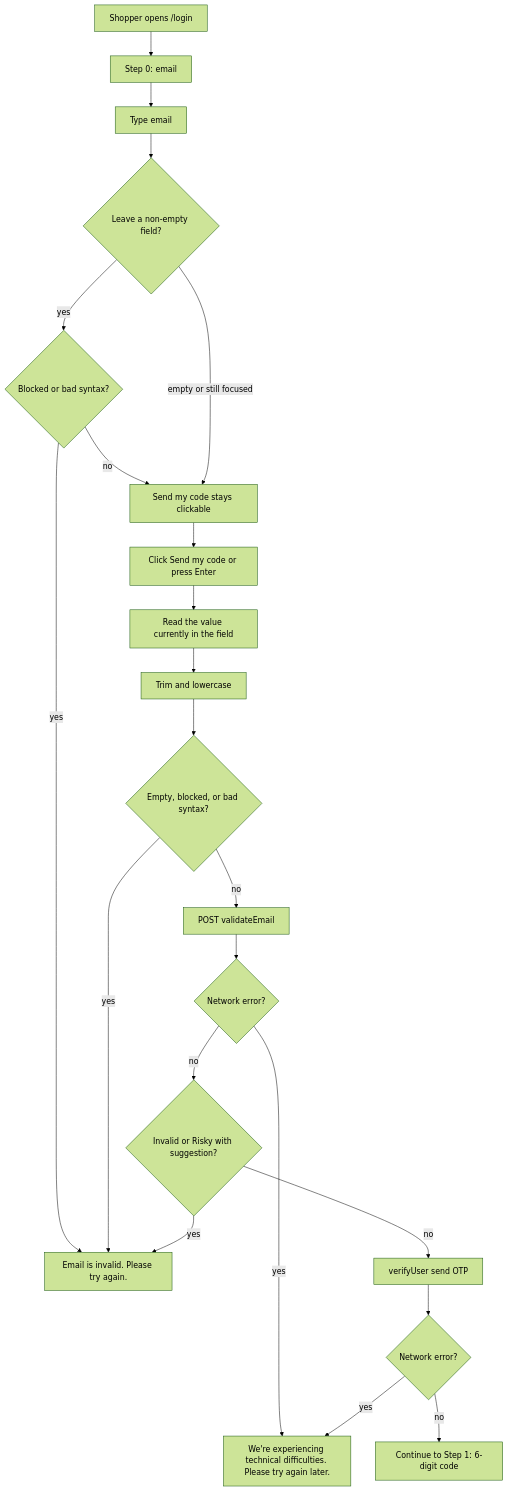
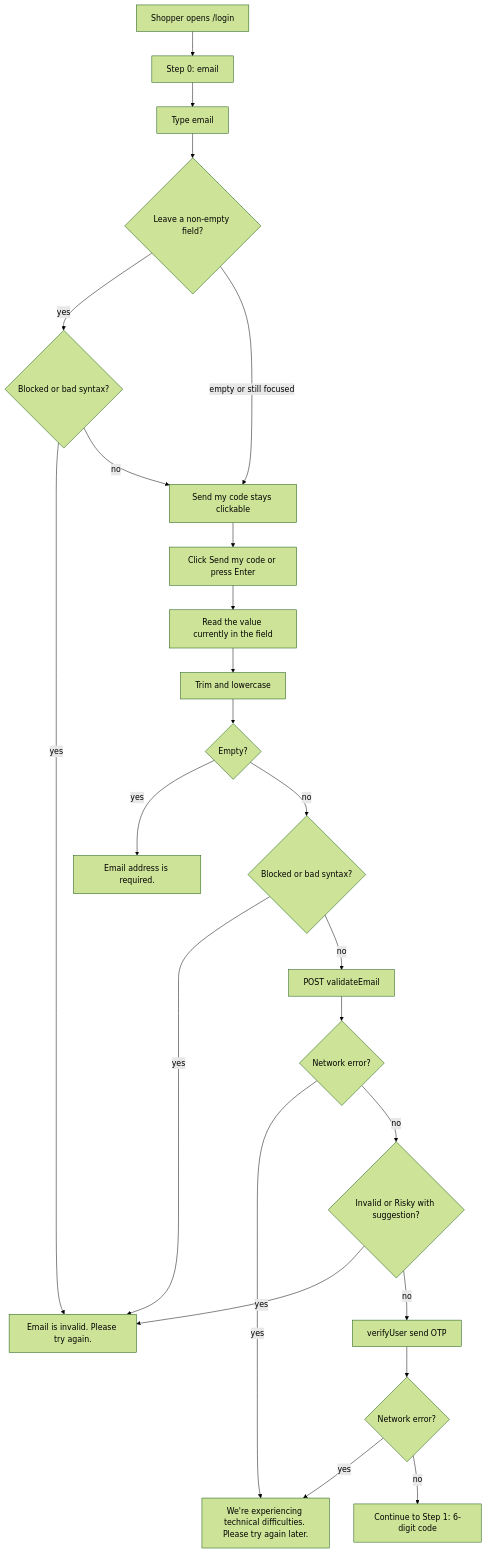
Before and after one commit to CRE8Interactions/frontend-buyer-app: the diagram in docs/login-validations.mmd, drawn with Mermaid (forest theme). The commit also changed 13 other files, not shown here.

```diff
--- a/docs/login-validations.mmd
+++ b/docs/login-validations.mmd
@@ -1,31 +1,34 @@
 %% Step 0: login (email)
 %% Source: app/login/page.tsx and lib/fieldValidation.ts
-%% Email: Email is invalid. Please try again.
+%% Email required: Email address is required.
+%% Email invalid: Email is invalid. Please try again.
 %% Network: We're experiencing technical difficulties. Please try again later.
 
 flowchart TD
   start[Shopper opens /login] --> emailStep[Step 0: email]
 
   emailStep --> typeEmail[Type email]
   typeEmail --> blurEmail{Leave a non-empty field?}
   blurEmail -->|yes| localEmail{Blocked or bad syntax?}
   localEmail -->|yes| emailInvalid["Email is invalid. Please try again."]
   localEmail -->|no| readySend[Send my code stays clickable]
   blurEmail -->|empty or still focused| readySend
 
   readySend --> sendClick[Click Send my code or press Enter]
   sendClick --> readDom[Read the value currently in the field]
   readDom --> normalize[Trim and lowercase]
 
-  normalize --> emptyOrBad{Empty, blocked, or bad syntax?}
-  emptyOrBad -->|yes| emailInvalid
-  emptyOrBad -->|no| sendgrid[POST validateEmail]
+  normalize --> emptyCheck{Empty?}
+  emptyCheck -->|yes| emailRequired["Email address is required."]
+  emptyCheck -->|no| syntaxCheck{Blocked or bad syntax?}
+  syntaxCheck -->|yes| emailInvalid
+  syntaxCheck -->|no| sendgrid[POST validateEmail]
 
   sendgrid --> sgFail{Network error?}
   sgFail -->|yes| network["We're experiencing technical difficulties. Please try again later."]
   sgFail -->|no| sgVerdict{Invalid or Risky with suggestion?}
   sgVerdict -->|yes| emailInvalid
   sgVerdict -->|no| verifyUser[verifyUser send OTP]
   verifyUser --> verifyFail{Network error?}
   verifyFail -->|yes| network
   verifyFail -->|no| nextStep[Continue to Step 1: 6-digit code]
```
